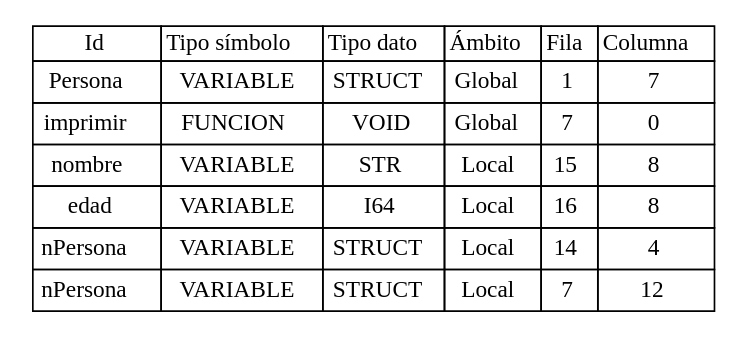
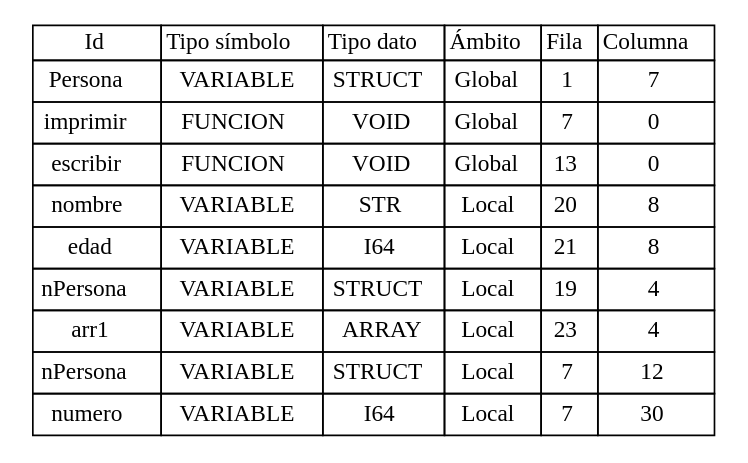
The diagram in Back/Web/tablas/tablaSimbolos.dot (Jodyannre/COMPI2_proyecto2_2022), drawn with Graphviz before and after one commit. The commit also changed 8 other files, not shown here.

```diff
--- a/Back/Web/tablas/tablaSimbolos.dot
+++ b/Back/Web/tablas/tablaSimbolos.dot
@@ -1,126 +1,180 @@
 
 	digraph {
 		tablaSimbolos [
 		  shape=plaintext
 		  label=<
 			<table border='0' cellborder='1' color='black' cellspacing='0'>
 			  <tr>
 				  <td>Id</td>
 				  <td>Tipo símbolo</td>
 				  <td>Tipo dato</td>
 				  <td>Ámbito</td>
 				  <td>Fila</td>
 				  <td>Columna</td>
 			  </tr>
 	
 <tr>
 <td cellpadding='4'>
 Persona
 </td>
 <td cellpadding='4'>VARIABLE
 </td>
 <td cellpadding='4'>STRUCT
 </td>
 <td cellpadding='4'>Global
 </td>
 <td cellpadding='4'>
 1
 </td>
 <td cellpadding='4'>
 7
 </td>
 </tr>
 
 <tr>
 <td cellpadding='4'>
 imprimir
 </td>
 <td cellpadding='4'>FUNCION
 </td>
 <td cellpadding='4'>VOID
 </td>
 <td cellpadding='4'>Global
 </td>
 <td cellpadding='4'>
 7
 </td>
 <td cellpadding='4'>
 0
 </td>
 </tr>
 
 <tr>
 <td cellpadding='4'>
+escribir
+</td>
+<td cellpadding='4'>FUNCION
+</td>
+<td cellpadding='4'>VOID
+</td>
+<td cellpadding='4'>Global
+</td>
+<td cellpadding='4'>
+13
+</td>
+<td cellpadding='4'>
+0
+</td>
+</tr>
+
+<tr>
+<td cellpadding='4'>
 nombre
 </td>
 <td cellpadding='4'>VARIABLE
 </td>
 <td cellpadding='4'>STR
 </td>
 <td cellpadding='4'>Local
 </td>
 <td cellpadding='4'>
-15
+20
 </td>
 <td cellpadding='4'>
 8
 </td>
 </tr>
 
 <tr>
 <td cellpadding='4'>
 edad
 </td>
 <td cellpadding='4'>VARIABLE
 </td>
 <td cellpadding='4'>I64
 </td>
 <td cellpadding='4'>Local
 </td>
 <td cellpadding='4'>
-16
+21
 </td>
 <td cellpadding='4'>
 8
 </td>
 </tr>
 
 <tr>
 <td cellpadding='4'>
 nPersona
 </td>
 <td cellpadding='4'>VARIABLE
 </td>
 <td cellpadding='4'>STRUCT
 </td>
 <td cellpadding='4'>Local
 </td>
 <td cellpadding='4'>
-14
+19
+</td>
+<td cellpadding='4'>
+4
+</td>
+</tr>
+
+<tr>
+<td cellpadding='4'>
+arr1
+</td>
+<td cellpadding='4'>VARIABLE
+</td>
+<td cellpadding='4'>ARRAY
+</td>
+<td cellpadding='4'>Local
+</td>
+<td cellpadding='4'>
+23
 </td>
 <td cellpadding='4'>
 4
 </td>
 </tr>
 
 <tr>
 <td cellpadding='4'>
 nPersona
 </td>
 <td cellpadding='4'>VARIABLE
 </td>
 <td cellpadding='4'>STRUCT
 </td>
 <td cellpadding='4'>Local
 </td>
 <td cellpadding='4'>
 7
 </td>
 <td cellpadding='4'>
 12
 </td>
 </tr>
 
+<tr>
+<td cellpadding='4'>
+numero
+</td>
+<td cellpadding='4'>VARIABLE
+</td>
+<td cellpadding='4'>I64
+</td>
+<td cellpadding='4'>Local
+</td>
+<td cellpadding='4'>
+7
+</td>
+<td cellpadding='4'>
+30
+</td>
+</tr>
+
 		</table>
 		>];
 	}
```
